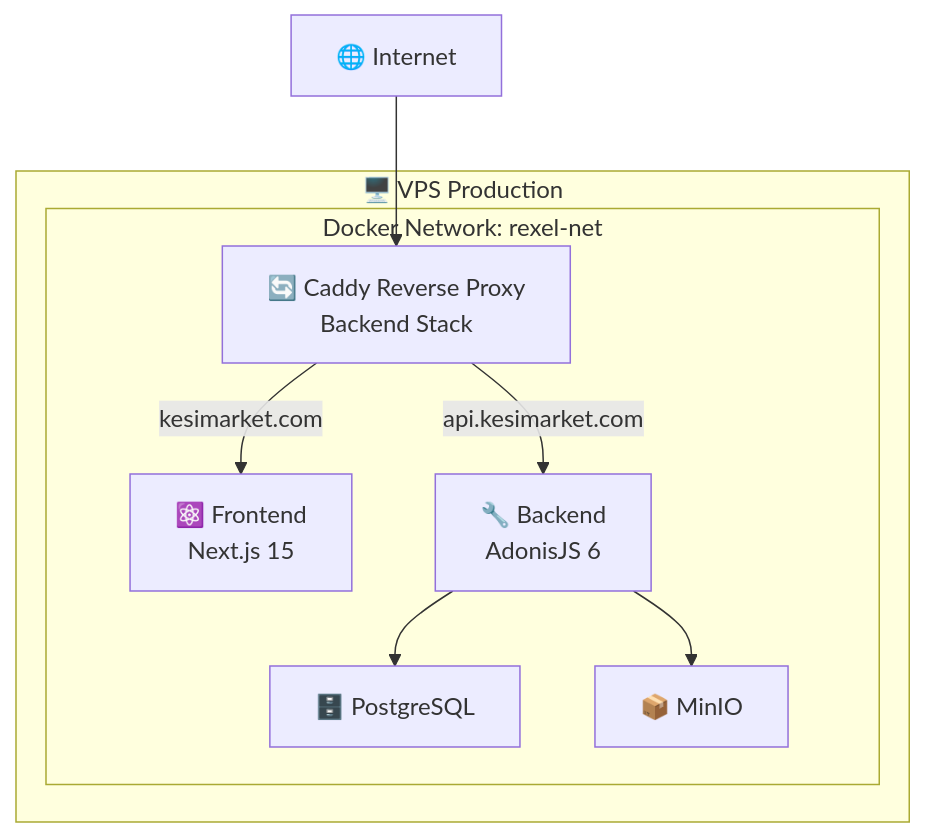
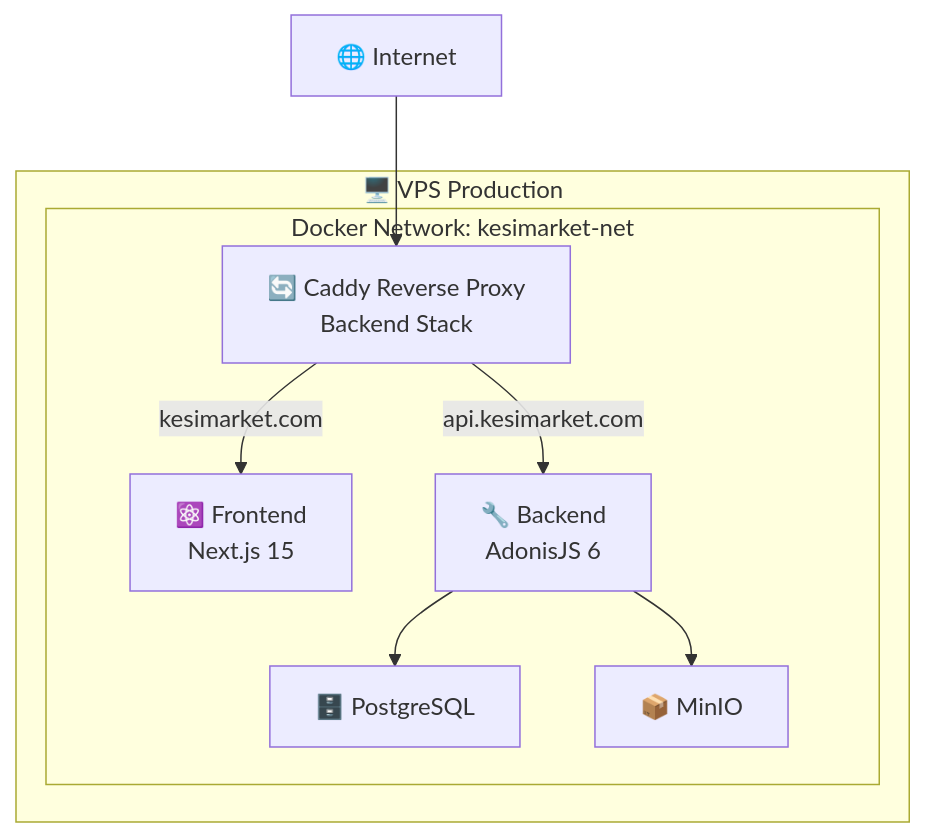
One commit to BrightkyEfoo/rexel-modern changed the diagram in README.md. Above: the diagram before and after it, drawn with Mermaid. The commit also changed other lines of this file and 100 other files, not shown here.

````diff
--- a/README.md
+++ b/README.md
@@ -9,20 +9,20 @@
 ```mermaid
 flowchart TD
     Internet[🌐 Internet]
     
     subgraph VPS[🖥️ VPS Production]
-        subgraph Network[Docker Network: rexel-net]
+        subgraph Network[Docker Network: kesimarket-net]
             Caddy[🔄 Caddy Reverse Proxy<br/>Backend Stack]
             Frontend[⚛️ Frontend<br/>Next.js 15]
             Backend[🔧 Backend<br/>AdonisJS 6]
             DB[🗄️ PostgreSQL]
             MinIO[📦 MinIO]
         end
     end
     
     Internet --> Caddy
     Caddy -->|kesimarket.com| Frontend
     Caddy -->|api.kesimarket.com| Backend
     Backend --> DB
     Backend --> MinIO
 ```
````
